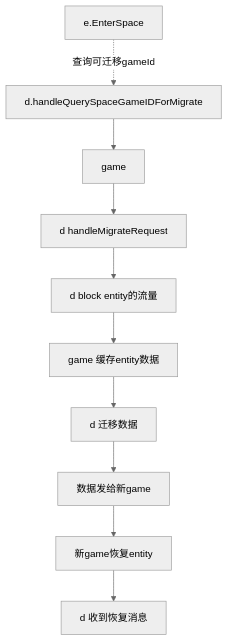
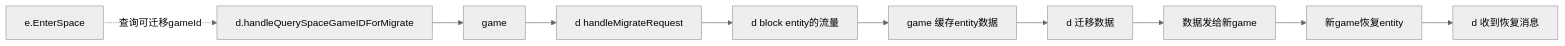
Before and after one commit to hammercui/book-list: the second of 3 diagrams in 9.项目阅读笔记/4.3entity.md, drawn with Mermaid (neutral theme). The commit also changed other lines of this file and 2 other files, not shown here.

````diff
--- a/9.项目阅读笔记/4.3entity.md
+++ b/9.项目阅读笔记/4.3entity.md
@@ -24,12 +21,12 @@
 ```mermaid
-graph TB
+graph LR
     a[e.EnterSpace]-.查询可迁移gameId.->b[d.handleQuerySpaceGameIDForMigrate]
     b-->c[game]
     c-->d[d handleMigrateRequest]
     d-->e[d block entity的流量]
     e-->f[game 缓存entity数据]
     f-->g[d 迁移数据]
     g-->h[数据发给新game]
     h-->i[新game恢复entity]
     i-->j[d 收到恢复消息]
 ```
````
